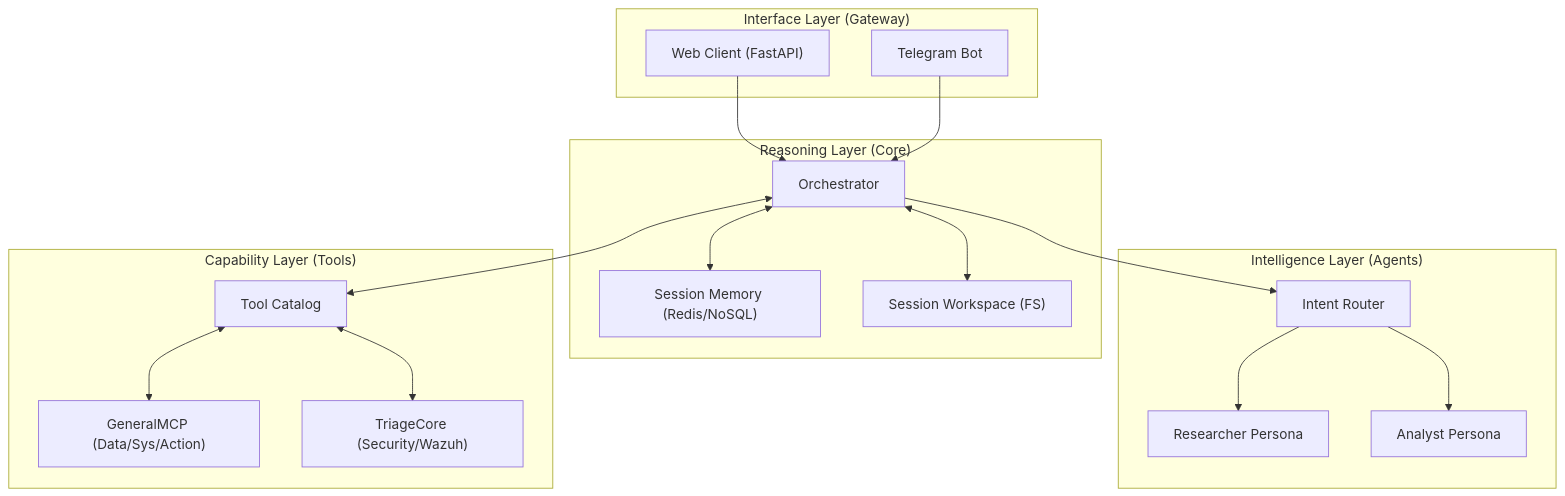
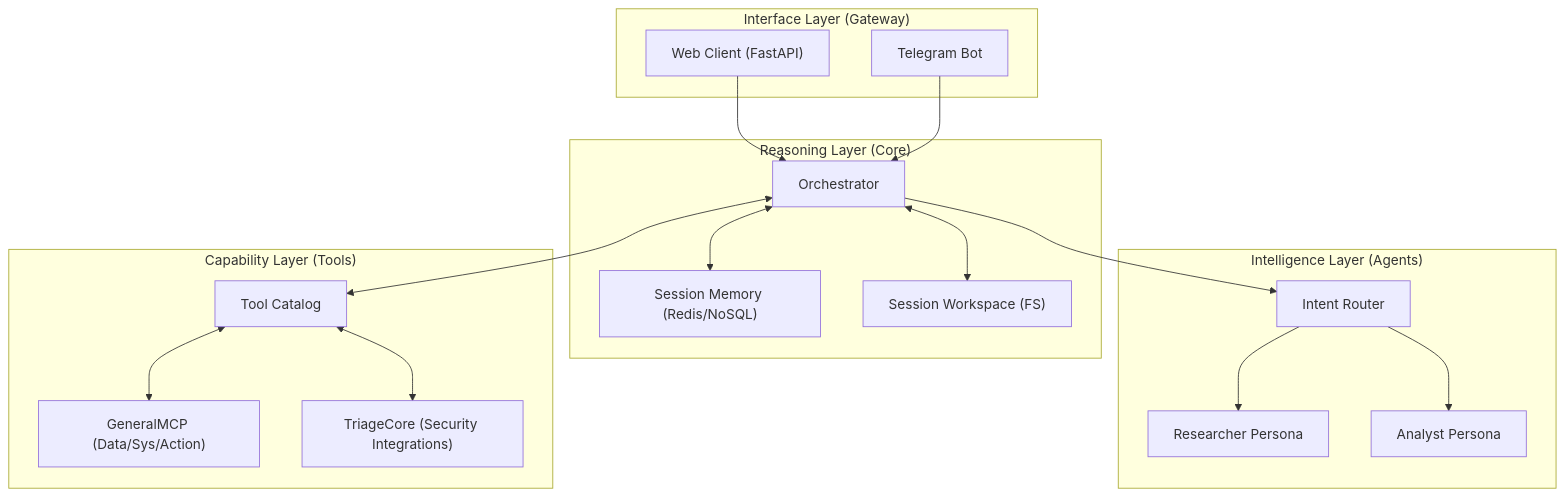
The diagram in src/Agentix/DOCUMENTATION.md (kurtfi/blueTeam), drawn with Mermaid before and after one commit. The commit also changed other lines of this file and 7 other files, not shown here.

Commit message:
refactor: decouple security integrations by rebranding Wazuh references to SIEM and generic terminology

````diff
--- a/src/Agentix/DOCUMENTATION.md
+++ b/src/Agentix/DOCUMENTATION.md
@@ -27,33 +27,33 @@
 ```mermaid
 graph TD
     subgraph "Interface Layer (Gateway)"
         Web["Web Client (FastAPI)"]
         TG["Telegram Bot"]
     end
 
     subgraph "Reasoning Layer (Core)"
         ORC["Orchestrator"]
         Memory["Session Memory (Redis/NoSQL)"]
         Workspace["Session Workspace (FS)"]
     end
 
     subgraph "Intelligence Layer (Agents)"
         Router["Intent Router"]
         Researcher["Researcher Persona"]
         Analyst["Analyst Persona"]
     end
 
     subgraph "Capability Layer (Tools)"
         Catalog["Tool Catalog"]
         GeneralMCP["GeneralMCP (Data/Sys/Action)"]
-        TriageCore["TriageCore (Security/Wazuh)"]
+        TriageCore["TriageCore (Security Integrations)"]
     end
 
     Web & TG --> ORC
     ORC <--> Memory
     ORC <--> Workspace
     ORC --> Router
     Router --> Researcher & Analyst
     ORC <--> Catalog
     Catalog <--> GeneralMCP & TriageCore
 ```
````
